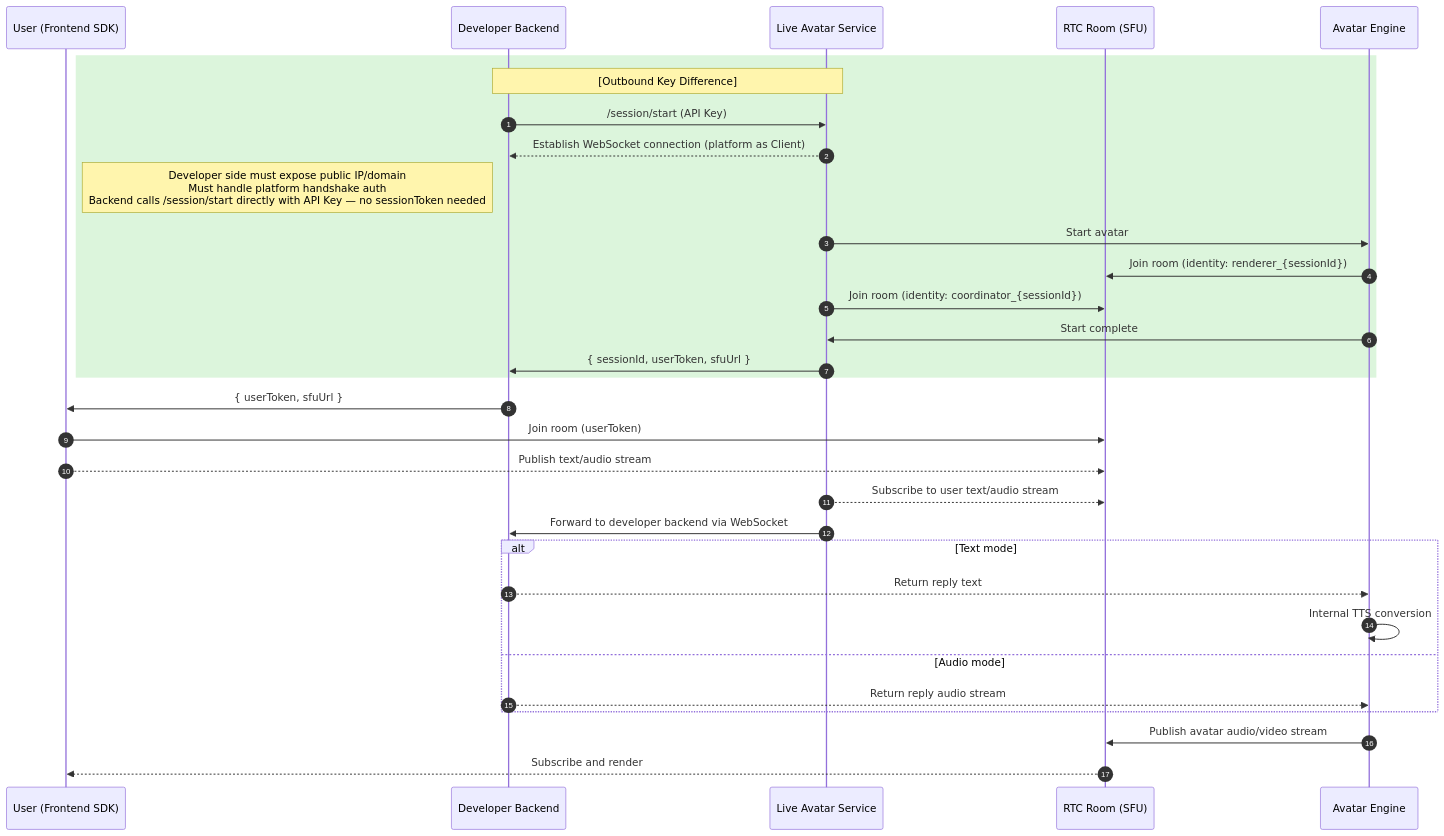
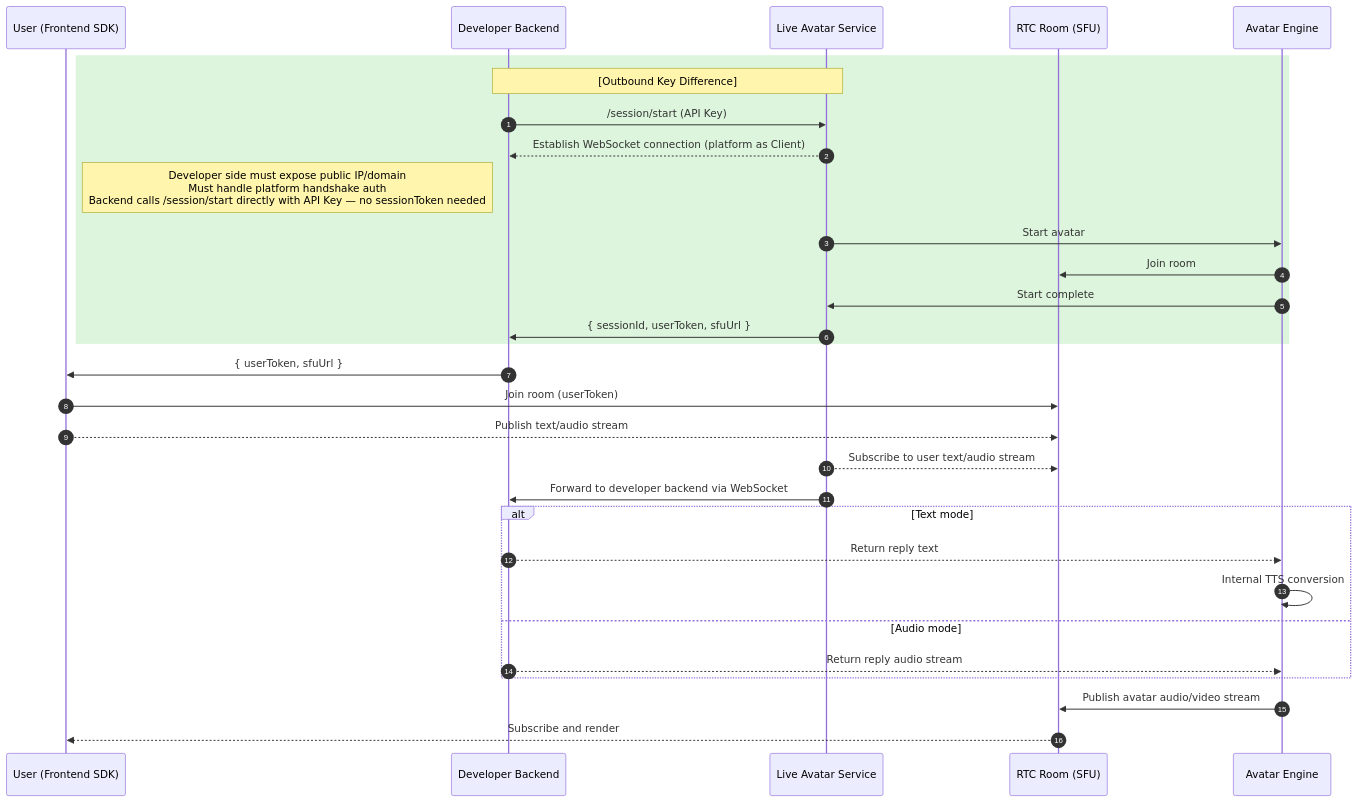
Before and after one commit to newportAI-lab/liveavatar-integration-guide: the second of 3 diagrams in PROTOCOL.md, drawn with Mermaid. The commit also changed other lines of this file and 1 other file, not shown here.

````diff
--- a/PROTOCOL.md
+++ b/PROTOCOL.md
@@ -123,43 +122,42 @@
 ```mermaid
 sequenceDiagram
     autonumber
     participant User as User (Frontend SDK)
     participant AppServer as Developer Backend
     participant Platform as Live Avatar Service
     participant RTC as RTC Room (SFU)
     participant Avatar as Avatar Engine
 
     %% Key difference: Outbound mode — backend calls /session/start directly, no sessionToken needed
     rect rgb(220, 245, 220)
     Note over AppServer, Platform: [Outbound Key Difference]
     AppServer->>Platform: /session/start (API Key)
     Platform-->>AppServer: Establish WebSocket connection (platform as Client)
     Note left of AppServer: Developer side must expose public IP/domain<br/>Must handle platform handshake auth<br/>Backend calls /session/start directly with API Key — no sessionToken needed
     Platform->>Avatar: Start avatar
-    Avatar->>RTC: Join room (identity: renderer_{sessionId})
-    Platform->>RTC: Join room (identity: coordinator_{sessionId})
+    Avatar->>RTC: Join room
     Avatar->>Platform: Start complete
     Platform->>AppServer: { sessionId, userToken, sfuUrl }
     end
 
     AppServer->>User: { userToken, sfuUrl }
 
     %% 2. RTC link establishment
     User->>RTC: Join room (userToken)
     User-->>RTC: Publish text/audio stream
 
     %% 3. Core business loop
     Platform-->>RTC: Subscribe to user text/audio stream
     Platform->>AppServer: Forward to developer backend via WebSocket
 
     alt Text mode
         AppServer-->>Avatar: Return reply text
         Avatar->>Avatar: Internal TTS conversion
     else Audio mode
         AppServer-->>Avatar: Return reply audio stream
     end
 
     %% 4. Avatar feedback
     Avatar->>RTC: Publish avatar audio/video stream
     RTC-->>User: Subscribe and render
 ```
````
